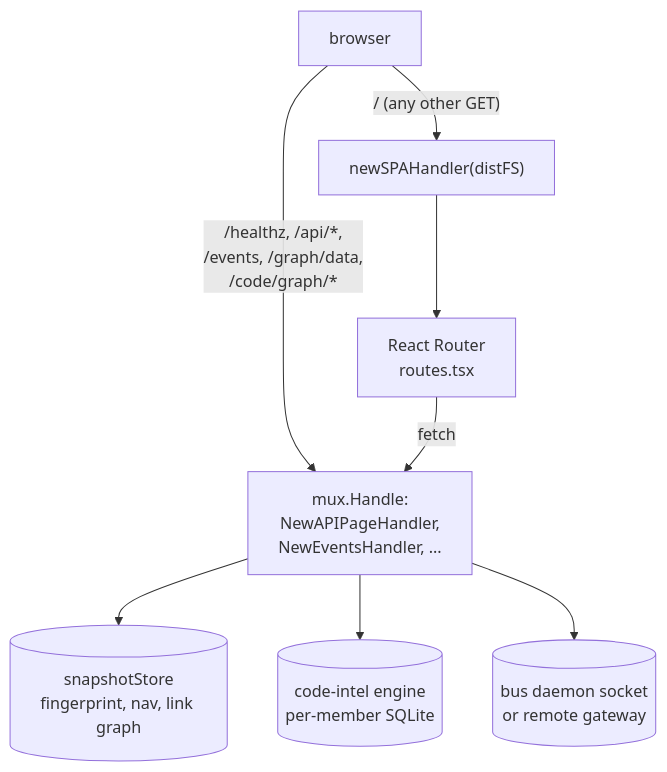
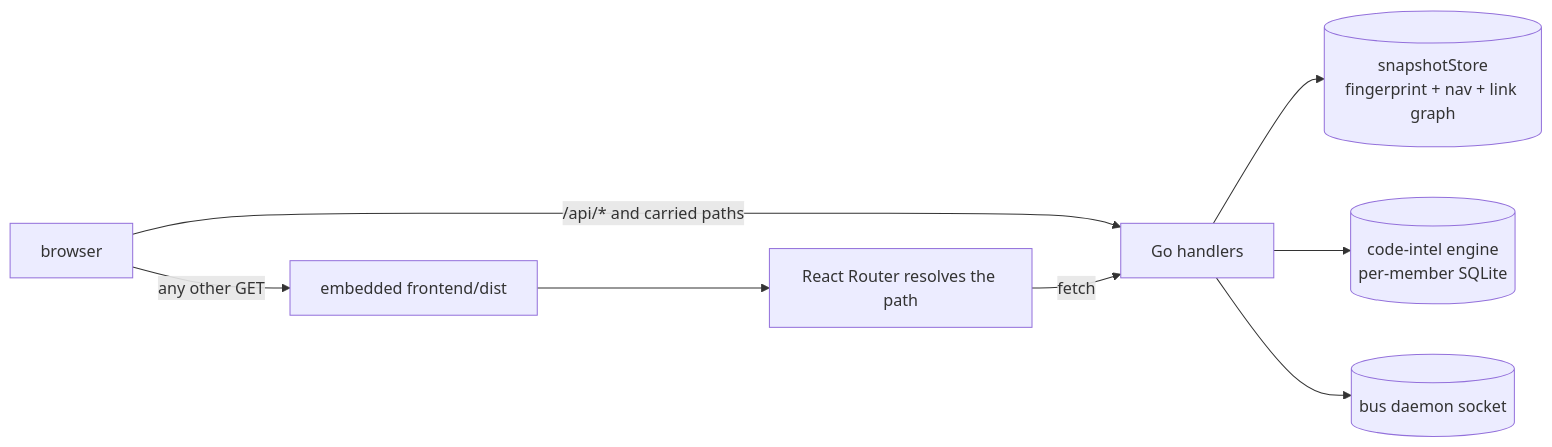
The first of 3 diagrams in docs/wiki/serve.md (damusix/atomic-claude), drawn with Mermaid before and after one commit. The commit also changed other lines of this file and 795 other files, not shown here.

First line of the commit message:
feat!: run Atomic on Claude Code, OMP, and Codex

````diff
--- a/docs/wiki/serve.md
+++ b/docs/wiki/serve.md
@@ -32,11 +25,10 @@
 ```mermaid
-flowchart TD
-    %% source: docs/design/serve-react-frontend.md; atomic/internal/serve/serve.go, snapshot.go, codeexplorer.go, api_bus.go
-    B["browser"] -->|"/healthz, /api/*,<br/>/events, /graph/data,<br/>/code/graph/*"| API["mux.Handle:<br/>NewAPIPageHandler,<br/>NewEventsHandler, ..."]
-    B -->|"/ (any other GET)"| SPA["newSPAHandler(distFS)"]
-    SPA --> RR["React Router<br/>routes.tsx"]
+flowchart LR
+    B[browser] -->|/api/* and carried paths| API[Go handlers]
+    B -->|any other GET| SPA[embedded frontend/dist]
+    SPA --> RR[React Router resolves the path]
     RR -->|fetch| API
-    API --> S[("snapshotStore<br/>fingerprint, nav, link graph")]
-    API --> CE[("code-intel engine<br/>per-member SQLite")]
-    API --> BUS[("bus daemon socket<br/>or remote gateway")]
+    API --> S[(snapshotStore<br/>fingerprint + nav + link graph)]
+    API --> CE[(code-intel engine<br/>per-member SQLite)]
+    API --> BUS[(bus daemon socket)]
 ```
````
